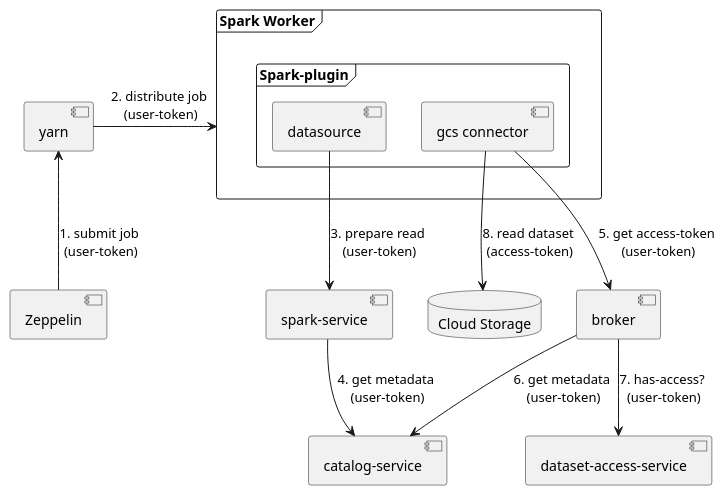
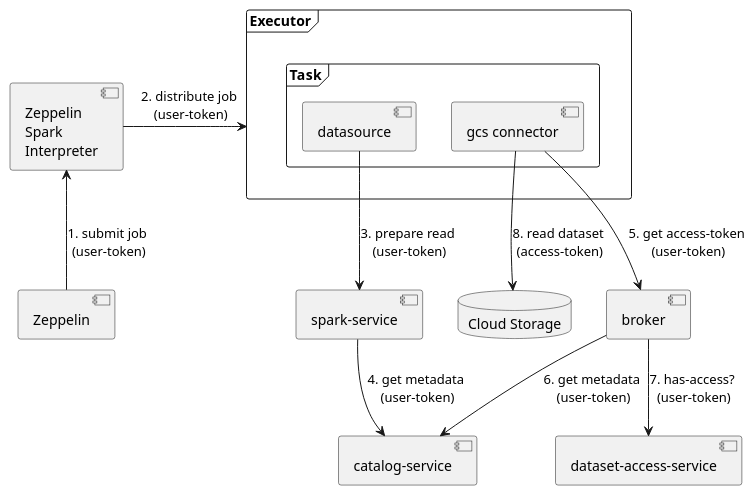
One commit to statisticsnorway/dapla-project changed the diagram in doc/security-read-data-comp.puml. Above: the diagram before and after it, drawn with PlantUML. The commit also changed 1 other file, not shown here.

Commit message:
Updated security read/write component diagrams

```diff
--- a/doc/security-read-data-comp.puml
+++ b/doc/security-read-data-comp.puml
@@ -1,28 +1,28 @@
 @startuml
 
-[yarn] as yarn
+[Zeppelin\nSpark\nInterpreter] as interpreter
 [Zeppelin] as zeppelin
 [dataset-access-service] as da_s
 [catalog-service] as catalog
 [spark-service] as sp_s
 [broker] as broker
 database "Cloud Storage" as gcs {
 }
-frame "Spark Worker" as worker {
-  frame "Spark-plugin" {
+frame "Executor" as worker {
+  frame "Task" as task {
     [datasource] as datasource
     [gcs connector] as gcs_connector
   }
 }
 
-zeppelin -u-> yarn : 1. submit job\n (user-token)
-yarn -> worker : 2. distribute job\n (user-token)
+zeppelin -u-> interpreter : 1. submit job\n (user-token)
+interpreter -> worker : 2. distribute job\n (user-token)
 datasource --> sp_s : 3. prepare read\n (user-token)
 sp_s --> catalog : 4. get metadata\n (user-token)
 gcs_connector --> broker : 5. get access-token\n (user-token)
 broker --> catalog : 6. get metadata\n (user-token)
 broker --> da_s : 7. has-access?\n (user-token)
 gcs_connector --> gcs : 8. read dataset\n (access-token)
 
 
 @enduml
```
